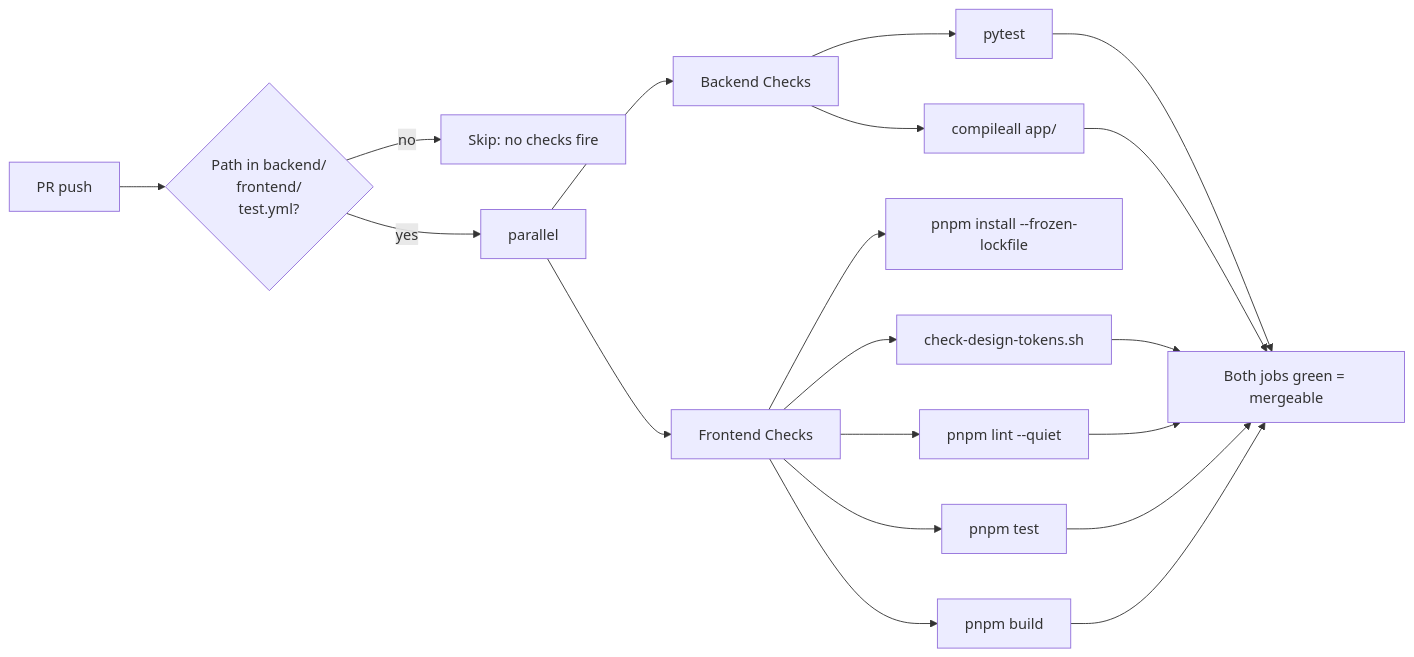
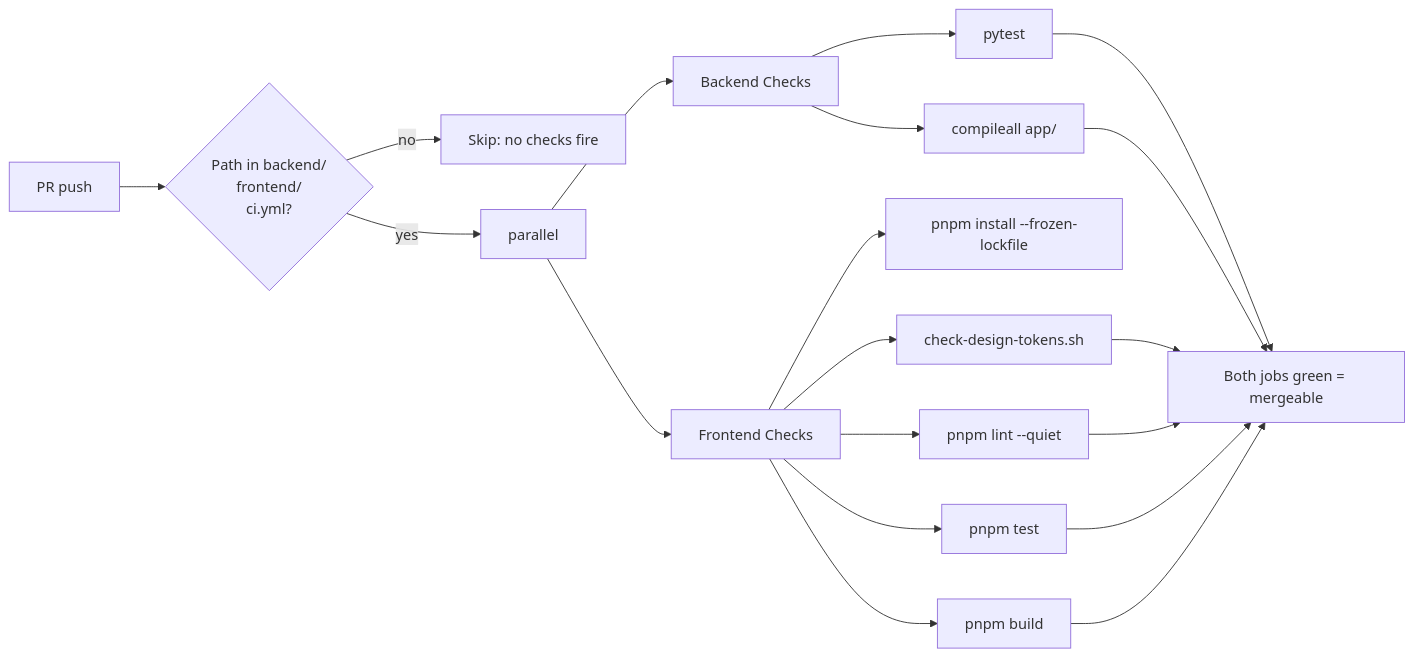
The second of 5 diagrams in docs/operations/DEPLOYMENT.md (fjcloudaiconsulting/tbd), drawn with Mermaid before and after one commit. The commit also changed other lines of this file and 33 other files, not shown here.

````diff
--- a/docs/operations/DEPLOYMENT.md
+++ b/docs/operations/DEPLOYMENT.md
@@ -57,16 +57,16 @@
 ```mermaid
 flowchart LR
-  push[PR push] --> filter{Path in backend/<br/>frontend/<br/>test.yml?}
+  push[PR push] --> filter{Path in backend/<br/>frontend/<br/>ci.yml?}
   filter -->|no| skip[Skip: no checks fire]
   filter -->|yes| parallel
   parallel --> be[Backend Checks]
   parallel --> fe[Frontend Checks]
   be --> bep[pytest]
   be --> bec[compileall app/]
   fe --> fei[pnpm install --frozen-lockfile]
   fe --> fed[check-design-tokens.sh]
   fe --> fel[pnpm lint --quiet]
   fe --> fet[pnpm test]
   fe --> feb[pnpm build]
   bep & bec & fed & fel & fet & feb --> merge[Both jobs green = mergeable]
 ```
````
